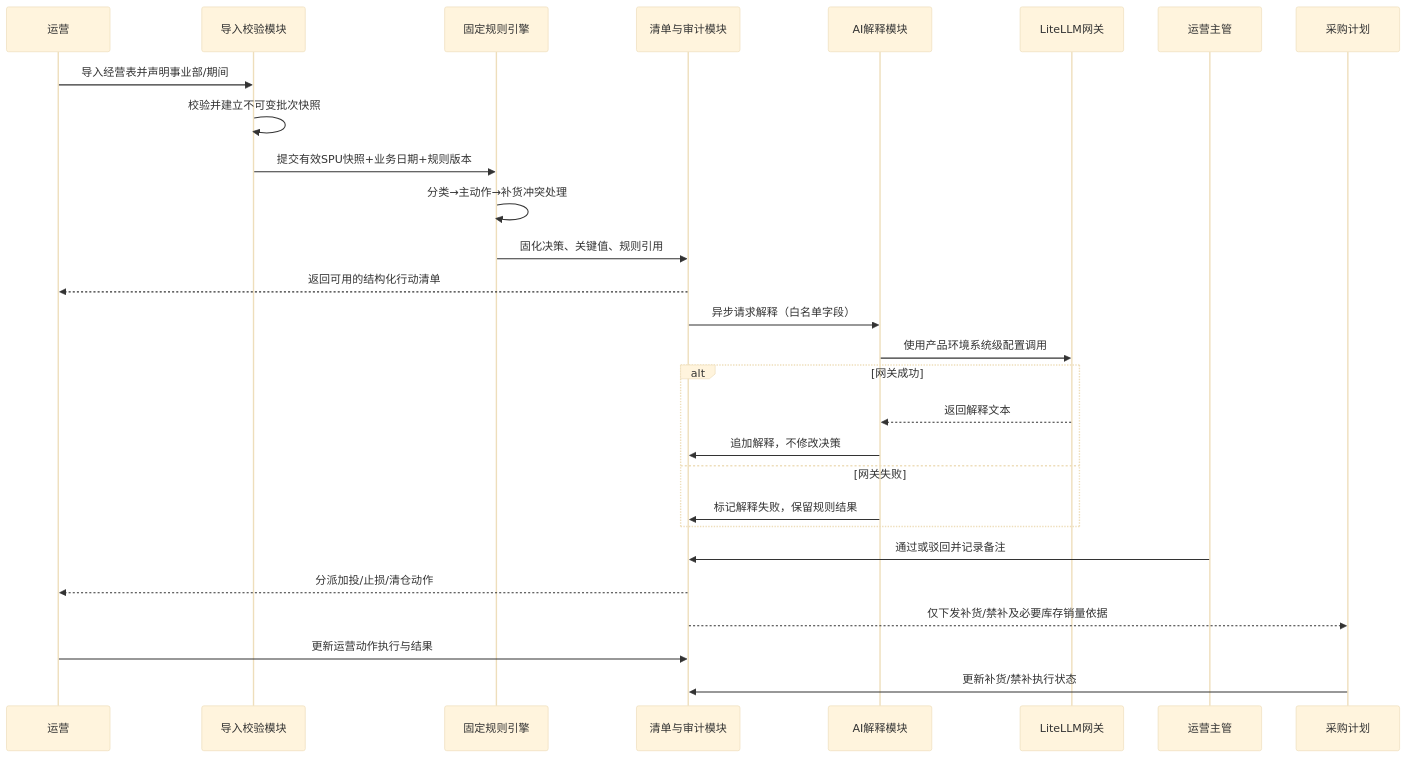
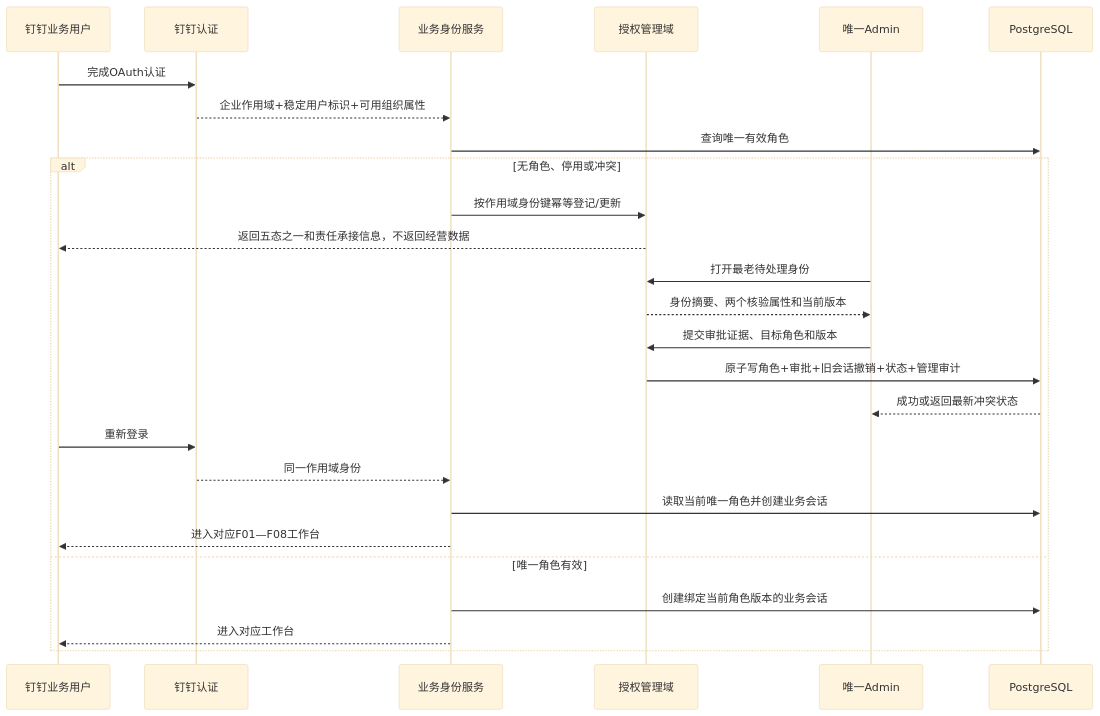
Before and after one commit to johnsonsmilequran/profit-decision-engine: the seventh of 7 diagrams in 趣然AI商品经营利润决策助手/drafts/r1-architect.md, drawn with Mermaid (base theme). The commit also changed other lines of this file and 2 other files, not shown here.

````diff
--- a/趣然AI商品经营利润决策助手/drafts/r1-architect.md
+++ b/趣然AI商品经营利润决策助手/drafts/r1-architect.md
@@ -371,31 +332,29 @@
 ```mermaid
 sequenceDiagram
-    participant OP as 运营
-    participant IMP as 导入校验模块
-    participant RULE as 固定规则引擎
-    participant LIST as 清单与审计模块
-    participant AI as AI解释模块
-    participant GW as LiteLLM网关
-    participant MGR as 运营主管
-    participant BUY as 采购计划
+    participant USER as 钉钉业务用户
+    participant DD as 钉钉认证
+    participant BIZ as 业务身份服务
+    participant ACCESS as 授权管理域
+    participant ADMIN as 唯一Admin
+    participant DB as PostgreSQL
 
-    OP->>IMP: 导入经营表并声明事业部/期间
-    IMP->>IMP: 校验并建立不可变批次快照
-    IMP->>RULE: 提交有效SPU快照+业务日期+规则版本
-    RULE->>RULE: 分类→主动作→补货冲突处理
-    RULE->>LIST: 固化决策、关键值、规则引用
-    LIST-->>OP: 返回可用的结构化行动清单
-    LIST->>AI: 异步请求解释（白名单字段）
-    AI->>GW: 使用产品环境系统级配置调用
-    alt 网关成功
-        GW-->>AI: 返回解释文本
-        AI->>LIST: 追加解释，不修改决策
-    else 网关失败
-        AI->>LIST: 标记解释失败，保留规则结果
+    USER->>DD: 完成OAuth认证
+    DD-->>BIZ: 企业作用域+稳定用户标识+可用组织属性
+    BIZ->>DB: 查询唯一有效角色
+    alt 无角色、停用或冲突
+        BIZ->>ACCESS: 按作用域身份键幂等登记/更新
+        ACCESS-->>USER: 返回五态之一和责任承接信息，不返回经营数据
+        ADMIN->>ACCESS: 打开最老待处理身份
+        ACCESS-->>ADMIN: 身份摘要、两个核验属性和当前版本
+        ADMIN->>ACCESS: 提交审批证据、目标角色和版本
+        ACCESS->>DB: 原子写角色+审批+旧会话撤销+状态+管理审计
+        DB-->>ADMIN: 成功或返回最新冲突状态
+        USER->>DD: 重新登录
+        DD-->>BIZ: 同一作用域身份
+        BIZ->>DB: 读取当前唯一角色并创建业务会话
+        BIZ-->>USER: 进入对应F01—F08工作台
+    else 唯一角色有效
+        BIZ->>DB: 创建绑定当前角色版本的业务会话
+        BIZ-->>USER: 进入对应工作台
     end
-    MGR->>LIST: 通过或驳回并记录备注
-    LIST-->>OP: 分派加投/止损/清仓动作
-    LIST-->>BUY: 仅下发补货/禁补及必要库存销量依据
-    OP->>LIST: 更新运营动作执行与结果
-    BUY->>LIST: 更新补货/禁补执行状态
 ```
````
